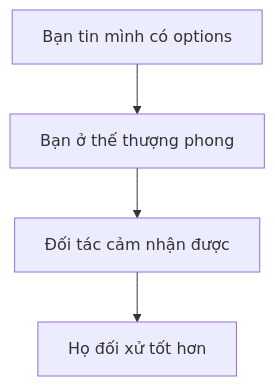
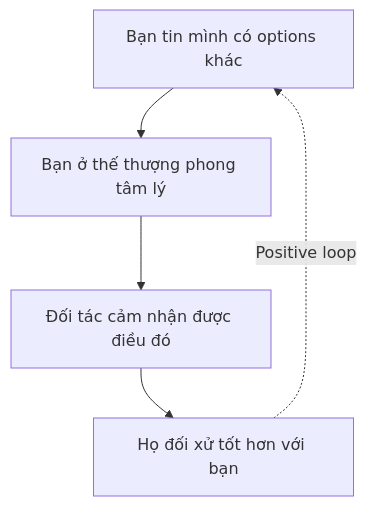
Before and after one commit to dyukahi/knowledge: the second of 5 diagrams in mental-models/Tâm Lý Học Tiến Hóa Về Giới Tính.md, drawn with Mermaid. The commit also changed other lines of this file, not shown here.

````diff
--- a/mental-models/Tâm Lý Học Tiến Hóa Về Giới Tính.md
+++ b/mental-models/Tâm Lý Học Tiến Hóa Về Giới Tính.md
@@ -85,9 +49,10 @@
 ```mermaid
 flowchart TD
-    A[Bạn tin mình có options]
-    B[Bạn ở thế thượng phong]
-    C[Đối tác cảm nhận được]
-    D[Họ đối xử tốt hơn]
+    A[Bạn tin mình có options khác]
+    B[Bạn ở thế thượng phong tâm lý]
+    C[Đối tác cảm nhận được điều đó]
+    D[Họ đối xử tốt hơn với bạn]
     
     A --> B --> C --> D
+    D -.->|Positive loop| A
 ```
````
